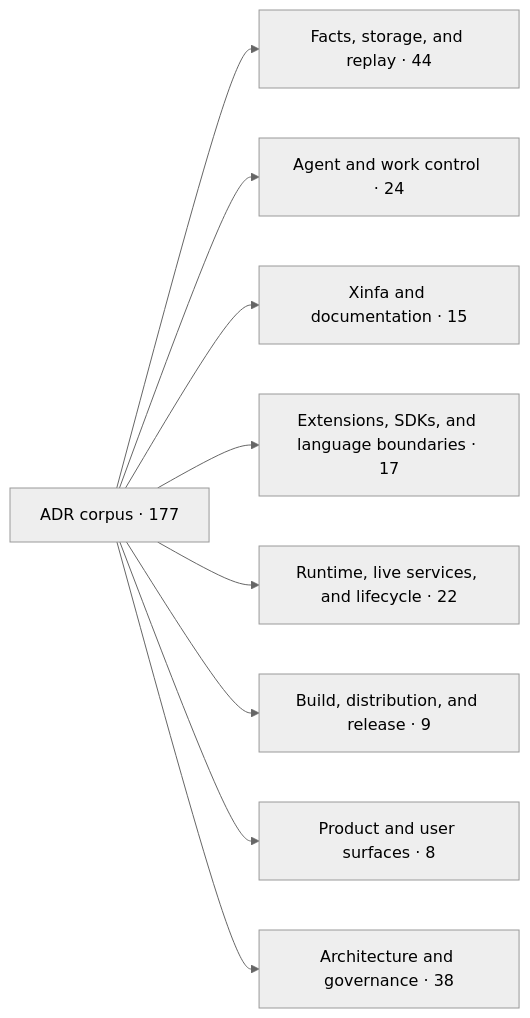
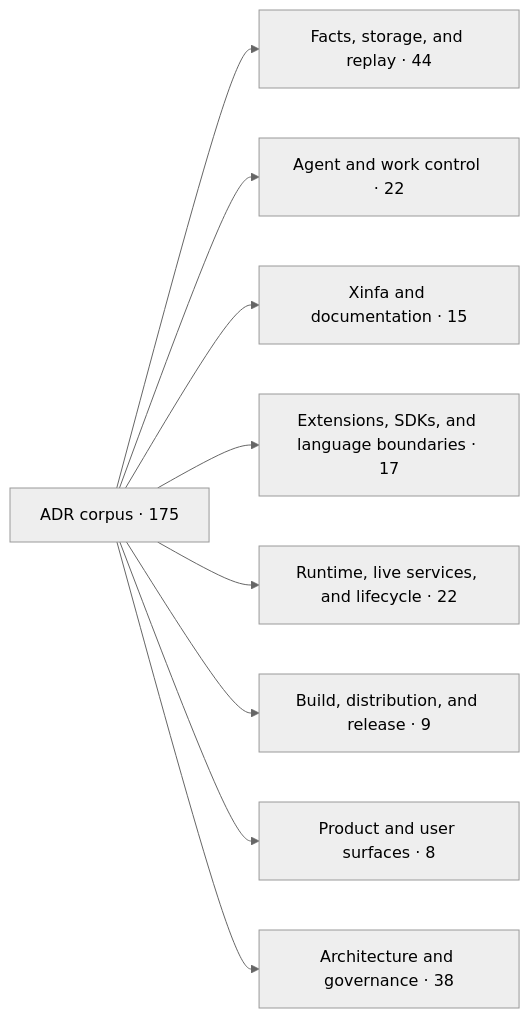
Before and after one commit to PterX/kungfu: the first of 2 diagrams in docs/architecture/adr-map.md, drawn with Mermaid (neutral theme). The commit also changed other lines of this file and 340 other files, not shown here.

Commit message:
refactor(work-control): rebase zero-residue successor after terminal workflow fix

````diff
--- a/docs/architecture/adr-map.md
+++ b/docs/architecture/adr-map.md
@@ -20,12 +20,12 @@
 ```mermaid
 flowchart LR
-  root["ADR corpus · 177"]
+  root["ADR corpus · 175"]
   root --> d0["Facts, storage, and replay · 44"]
-  root --> d1["Agent and work control · 24"]
+  root --> d1["Agent and work control · 22"]
   root --> d2["Xinfa and documentation · 15"]
   root --> d3["Extensions, SDKs, and language boundaries · 17"]
   root --> d4["Runtime, live services, and lifecycle · 22"]
   root --> d5["Build, distribution, and release · 9"]
   root --> d6["Product and user surfaces · 8"]
   root --> d7["Architecture and governance · 38"]
 ```
````
